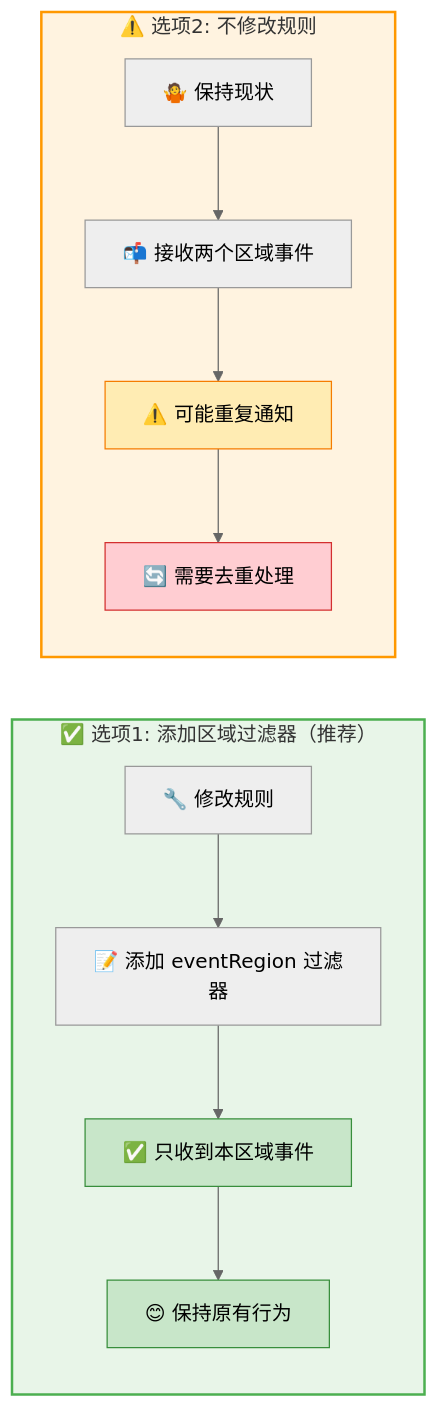
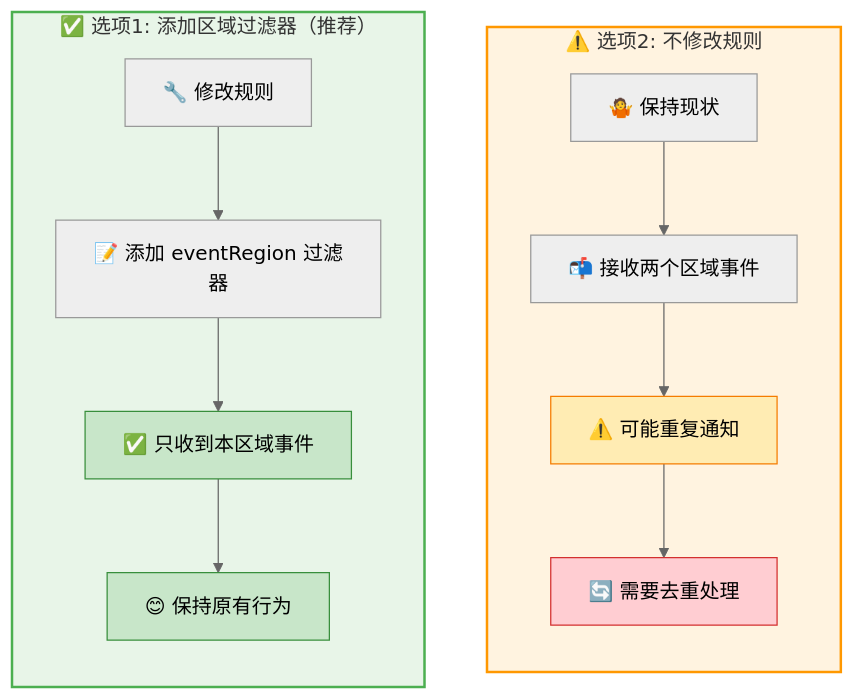
Before and after one commit to mengchen-tam/event-bridge-health-change-for-backup-region: the third of 3 diagrams in README.md, drawn with Mermaid (neutral theme). The commit also changed other lines of this file, not shown here.

Commit message:
Fix Mermaid syntax errors and simplify flowchart layout

````diff
--- a/README.md
+++ b/README.md
@@ -80,21 +84,25 @@
 ```mermaid
-graph LR
+flowchart LR
     subgraph Option1["✅ 选项1: 添加区域过滤器（推荐）"]
+        direction TB
         A1[🔧 修改规则] --> B1[📝 添加 eventRegion 过滤器]
         B1 --> C1[✅ 只收到本区域事件]
         C1 --> D1[😊 保持原有行为]
     end
     
     subgraph Option2["⚠️ 选项2: 不修改规则"]
+        direction TB
         A2[🤷 保持现状] --> B2[📬 接收两个区域事件]
         B2 --> C2[⚠️ 可能重复通知]
         C2 --> D2[🔄 需要去重处理]
     end
+    
+    Option1 ~~~ Option2
     
     style Option1 fill:#e8f5e8,stroke:#4caf50,stroke-width:2px
     style Option2 fill:#fff3e0,stroke:#ff9800,stroke-width:2px
     style C1 fill:#c8e6c9,stroke:#388e3c
     style D1 fill:#c8e6c9,stroke:#388e3c
     style C2 fill:#ffecb3,stroke:#f57c00
     style D2 fill:#ffcdd2,stroke:#d32f2f
 ```
````
